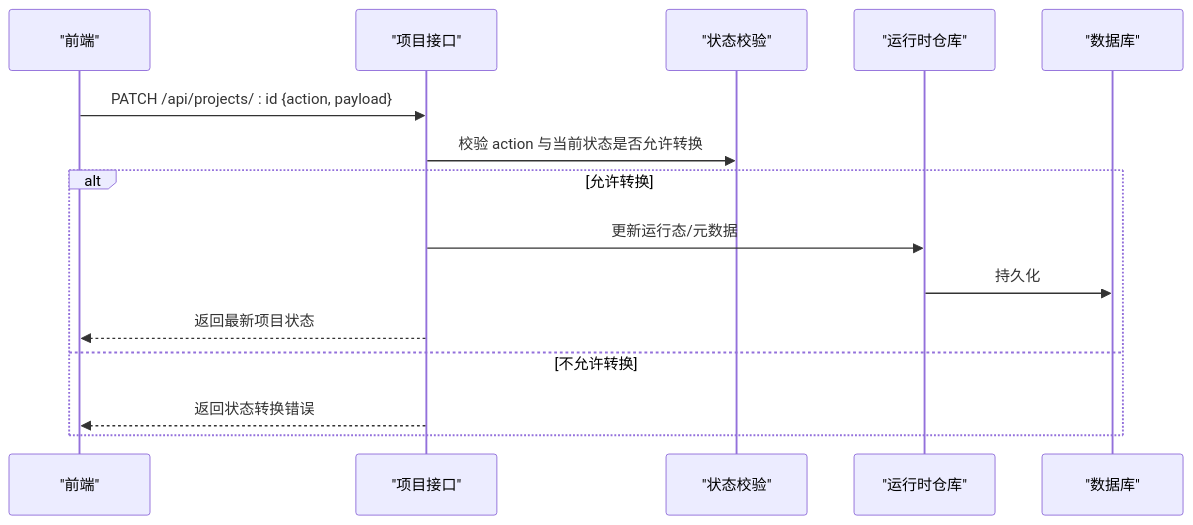
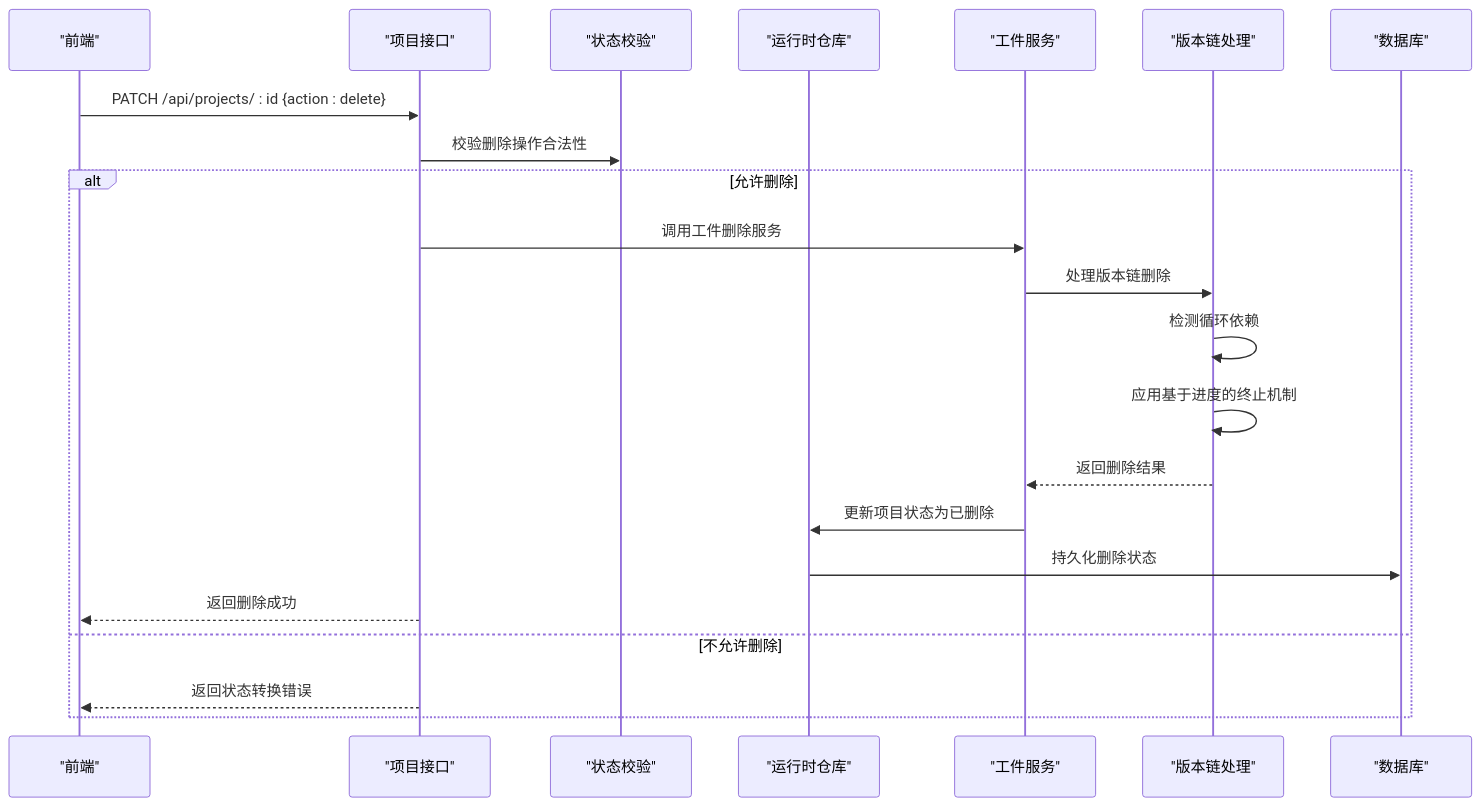
The fifth of 9 diagrams in .qoder/repowiki/zh/content/项目管理/项目生命周期管理.md (scottcwy/PurpleInk), drawn with Mermaid before and after one commit. The commit also changed other lines of this file and 23 other files, not shown here.

````diff
--- a/.qoder/repowiki/zh/content/项目管理/项目生命周期管理.md
+++ b/.qoder/repowiki/zh/content/项目管理/项目生命周期管理.md
@@ -256,17 +286,24 @@
 ```mermaid
 sequenceDiagram
 participant UI as "前端"
 participant API as "项目接口"
 participant S as "状态校验"
 participant R as "运行时仓库"
+participant AS as "工件服务"
+participant VC as "版本链处理"
 participant DB as "数据库"
-UI->>API : PATCH /api/projects/ : id {action, payload}
-API->>S : 校验 action 与当前状态是否允许转换
-alt 允许转换
-API->>R : 更新运行态/元数据
-R->>DB : 持久化
-API-->>UI : 返回最新项目状态
-else 不允许转换
+UI->>API : PATCH /api/projects/ : id {action : delete}
+API->>S : 校验删除操作合法性
+alt 允许删除
+API->>AS : 调用工件删除服务
+AS->>VC : 处理版本链删除
+VC->>VC : 检测循环依赖
+VC->>VC : 应用基于进度的终止机制
+VC-->>AS : 返回删除结果
+AS->>R : 更新项目状态为已删除
+R->>DB : 持久化删除状态
+API-->>UI : 返回删除成功
+else 不允许删除
 API-->>UI : 返回状态转换错误
 end
 ```
````
